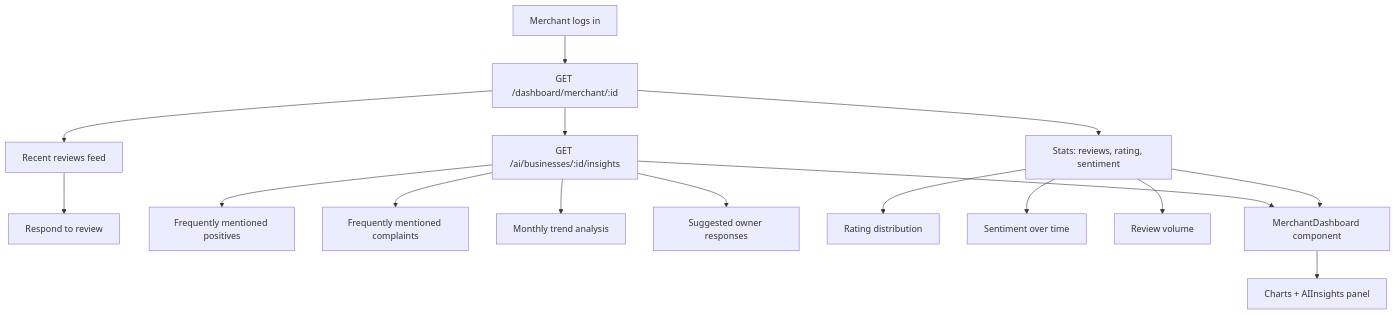
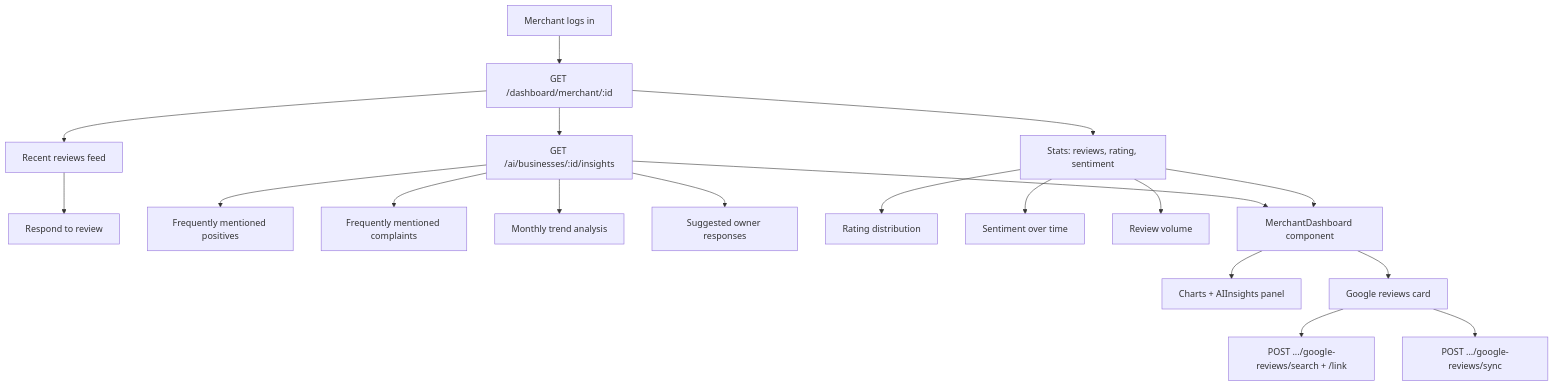
Before and after one commit to krishnaviswa/MEngPlat: diagram 12 of 23 in README.md, drawn with Mermaid. The commit also changed other lines of this file and 56 other files, not shown here.

````diff
--- a/README.md
+++ b/README.md
@@ -787,18 +804,21 @@
 ```mermaid
 flowchart TD
     M[Merchant logs in] --> D["GET /dashboard/merchant/:id"]
     D --> R[Recent reviews feed]
     D --> S[Stats: reviews, rating, sentiment]
     D --> I["GET /ai/businesses/:id/insights"]
     R --> RESP[Respond to review]
     I --> POS[Frequently mentioned positives]
     I --> NEG[Frequently mentioned complaints]
     I --> TREND[Monthly trend analysis]
     I --> SUG[Suggested owner responses]
     S --> RAT[Rating distribution]
     S --> SEN[Sentiment over time]
     S --> VOL[Review volume]
     S --> UI[MerchantDashboard component]
     I --> UI
     UI --> CH[Charts + AIInsights panel]
+    UI --> G[Google reviews card]
+    G --> LINK["POST .../google-reviews/search + /link"]
+    G --> SYNC["POST .../google-reviews/sync"]
 ```
````
